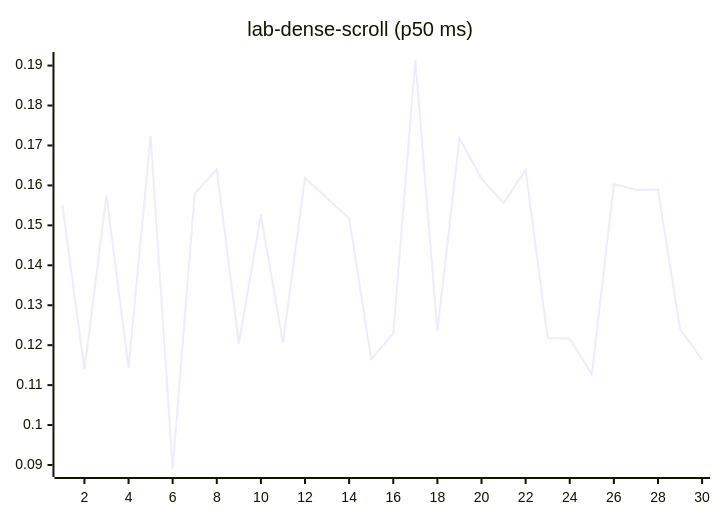
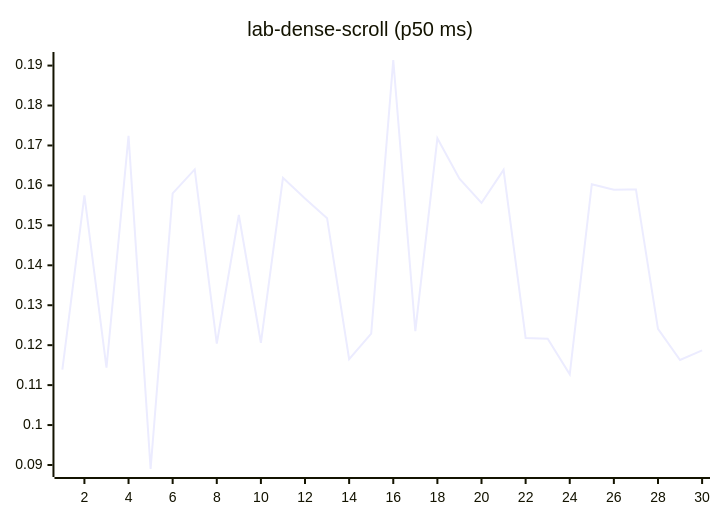
One commit to josha/Facet changed diagram 12 of 27 in README.md. Above: the diagram before and after it, drawn with Mermaid. The commit also changed other lines of this file and 2 other files, not shown here.

````diff
--- a/README.md
+++ b/README.md
@@ -140,6 +140,6 @@
 ```mermaid
 xychart-beta
     title "lab-dense-scroll (p50 ms)"
     x-axis 1 --> 30
-    line [0.1552, 0.1139, 0.1575, 0.1144, 0.1724, 0.0890, 0.1580, 0.1640, 0.1204, 0.1526, 0.1206, 0.1619, 0.1567, 0.1518, 0.1165, 0.1229, 0.1914, 0.1235, 0.1718, 0.1617, 0.1556, 0.1639, 0.1218, 0.1216, 0.1127, 0.1603, 0.1589, 0.1590, 0.1241, 0.1163]
+    line [0.1139, 0.1575, 0.1144, 0.1724, 0.0890, 0.1580, 0.1640, 0.1204, 0.1526, 0.1206, 0.1619, 0.1567, 0.1518, 0.1165, 0.1229, 0.1914, 0.1235, 0.1718, 0.1617, 0.1556, 0.1639, 0.1218, 0.1216, 0.1127, 0.1603, 0.1589, 0.1590, 0.1241, 0.1163, 0.1187]
 ```
````
